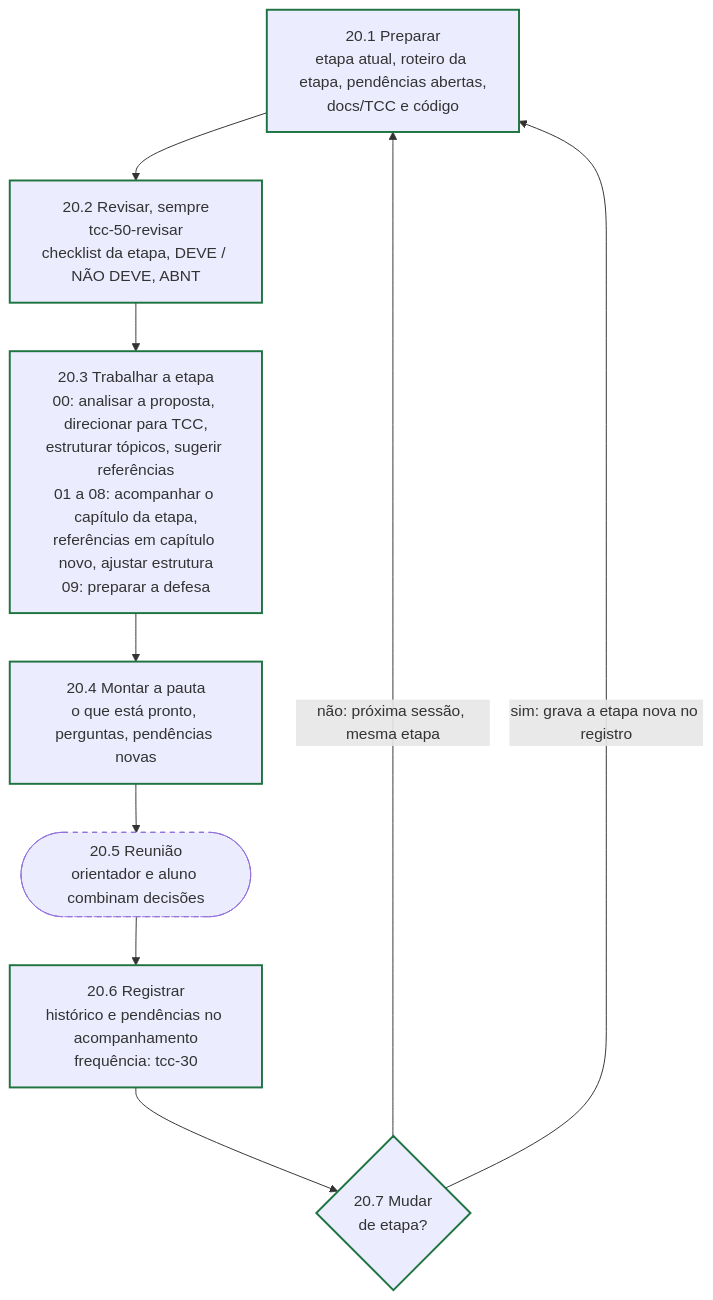
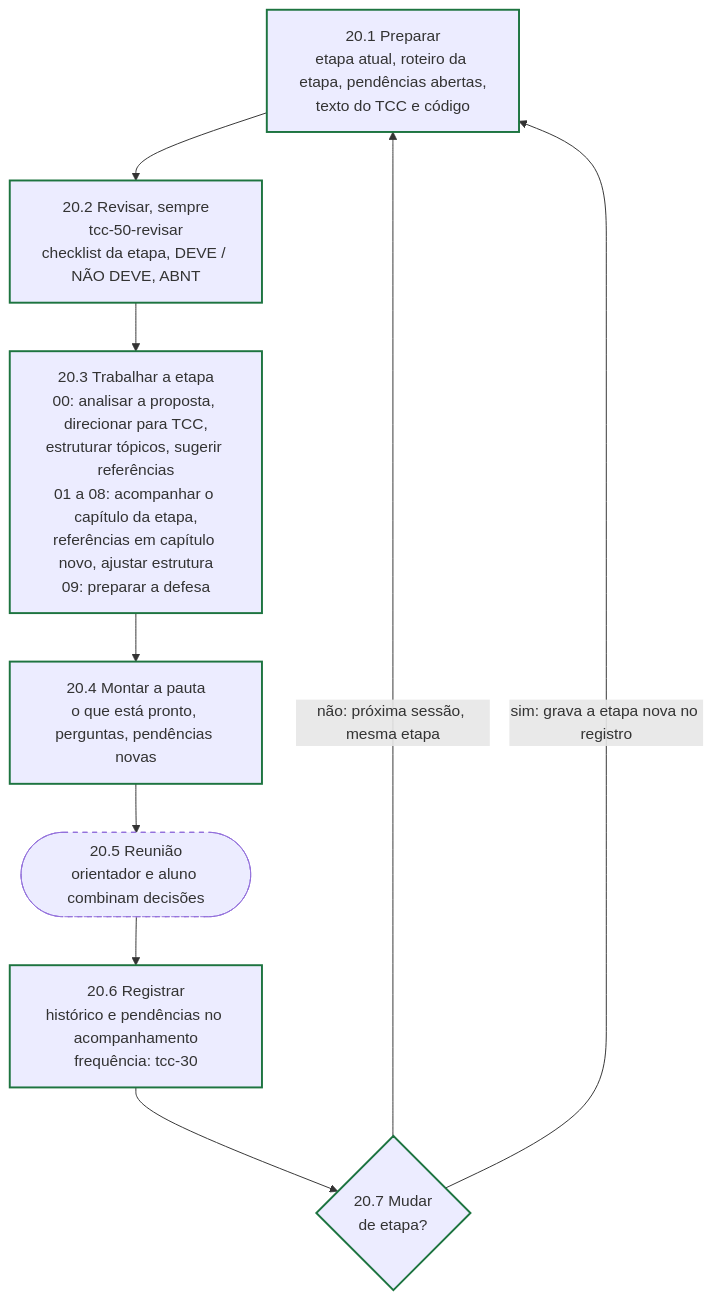
One commit to ifba-saj-ads-tcc/orientador-claudio changed the third of 3 diagrams in docs/fluxo-de-uso.md. Above: the diagram before and after it, drawn with Mermaid. The commit also changed other lines of this file and 14 other files, not shown here.

First line of the commit message:
Pasta do TCC: docs/ com código do projeto, raiz se o repositório for só do TCC

````diff
--- a/docs/fluxo-de-uso.md
+++ b/docs/fluxo-de-uso.md
@@ -88,19 +88,19 @@
 ```mermaid
 flowchart TD
-  P1["20.1 Preparar<br/>etapa atual, roteiro da etapa, pendências abertas,<br/>docs/TCC e código"]
+  P1["20.1 Preparar<br/>etapa atual, roteiro da etapa, pendências abertas,<br/>texto do TCC e código"]
   P2["20.2 Revisar, sempre<br/>tcc-50-revisar<br/>checklist da etapa, DEVE / NÃO DEVE, ABNT"]
   P3["20.3 Trabalhar a etapa<br/>00: analisar a proposta, direcionar para TCC,<br/>estruturar tópicos, sugerir referências<br/>01 a 08: acompanhar o capítulo da etapa,<br/>referências em capítulo novo, ajustar estrutura<br/>09: preparar a defesa"]
   P4["20.4 Montar a pauta<br/>o que está pronto, perguntas, pendências novas"]
   P5(["20.5 Reunião<br/>orientador e aluno combinam decisões"])
   P6["20.6 Registrar<br/>histórico e pendências no acompanhamento<br/>frequência: tcc-30"]
   P7{"20.7 Mudar<br/>de etapa?"}
 
   P1 --> P2 --> P3 --> P4 --> P5 --> P6 --> P7
   P7 -->|não: próxima sessão, mesma etapa| P1
   P7 -->|sim: grava a etapa nova no registro| P1
 
   classDef t20 stroke:#1d7440,stroke-width:2px
   classDef aluno stroke-dasharray:5 5
   class P1,P2,P3,P4,P6,P7 t20
   class P5 aluno
 ```
````
